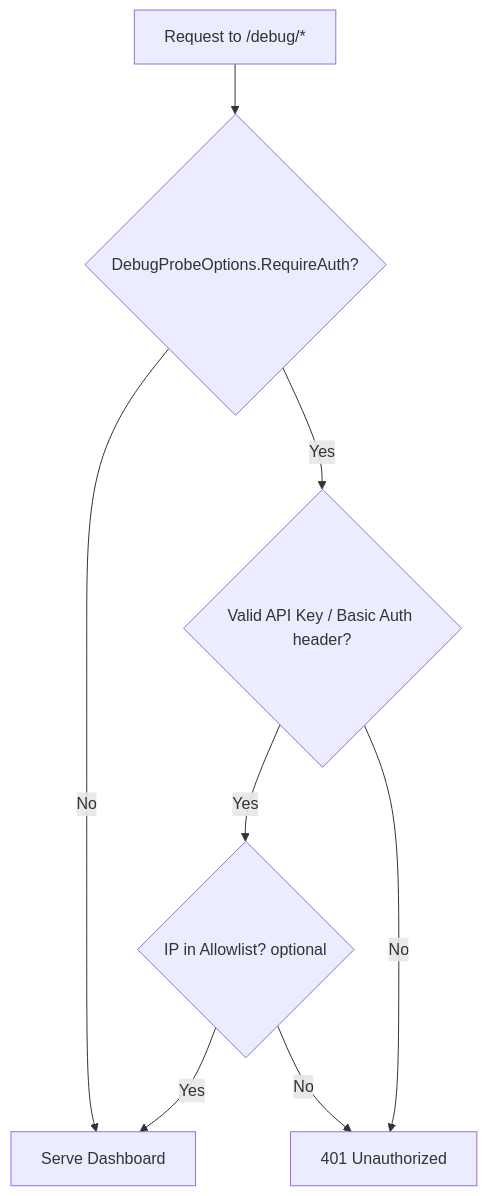
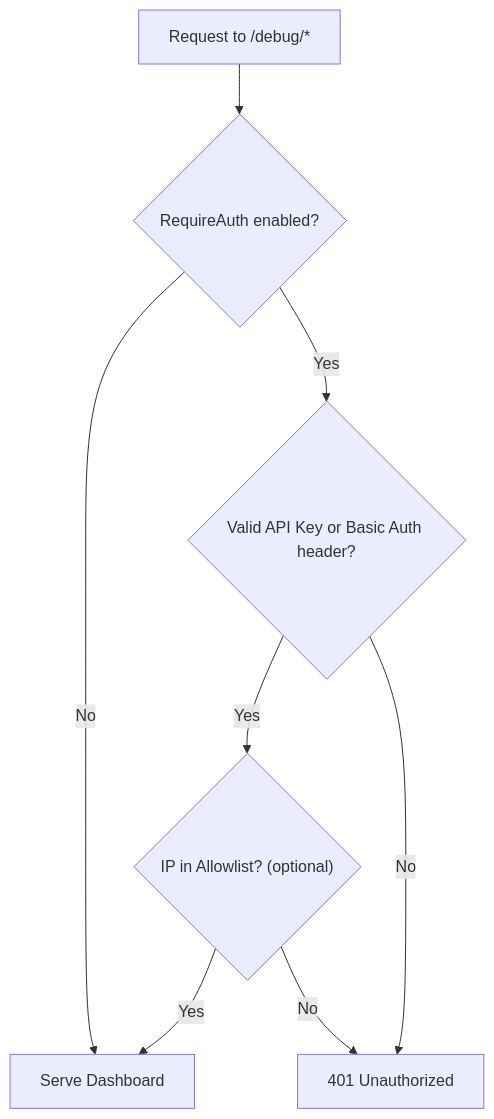
Before and after one commit to DevSars24/Debugprobe-blueprint-journey: the fourth of 8 diagrams in Additonal-features/features.md, drawn with Mermaid. The commit also changed other lines of this file, not shown here.

````diff
--- a/Additonal-features/features.md
+++ b/Additonal-features/features.md
@@ -99,10 +99,10 @@
 ```mermaid
 flowchart TD
-    A[Request to /debug/*] --> B{DebugProbeOptions.RequireAuth?}
-    B -- No --> F[Serve Dashboard]
-    B -- Yes --> C{Valid API Key / Basic Auth header?}
-    C -- Yes --> D{IP in Allowlist? optional}
+    A["Request to /debug/*"] --> B{"RequireAuth enabled?"}
+    B -- No --> F["Serve Dashboard"]
+    B -- Yes --> C{"Valid API Key or Basic Auth header?"}
+    C -- Yes --> D{"IP in Allowlist? (optional)"}
     D -- Yes --> F
-    C -- No --> E[401 Unauthorized]
+    C -- No --> E["401 Unauthorized"]
     D -- No --> E
 ```
````
